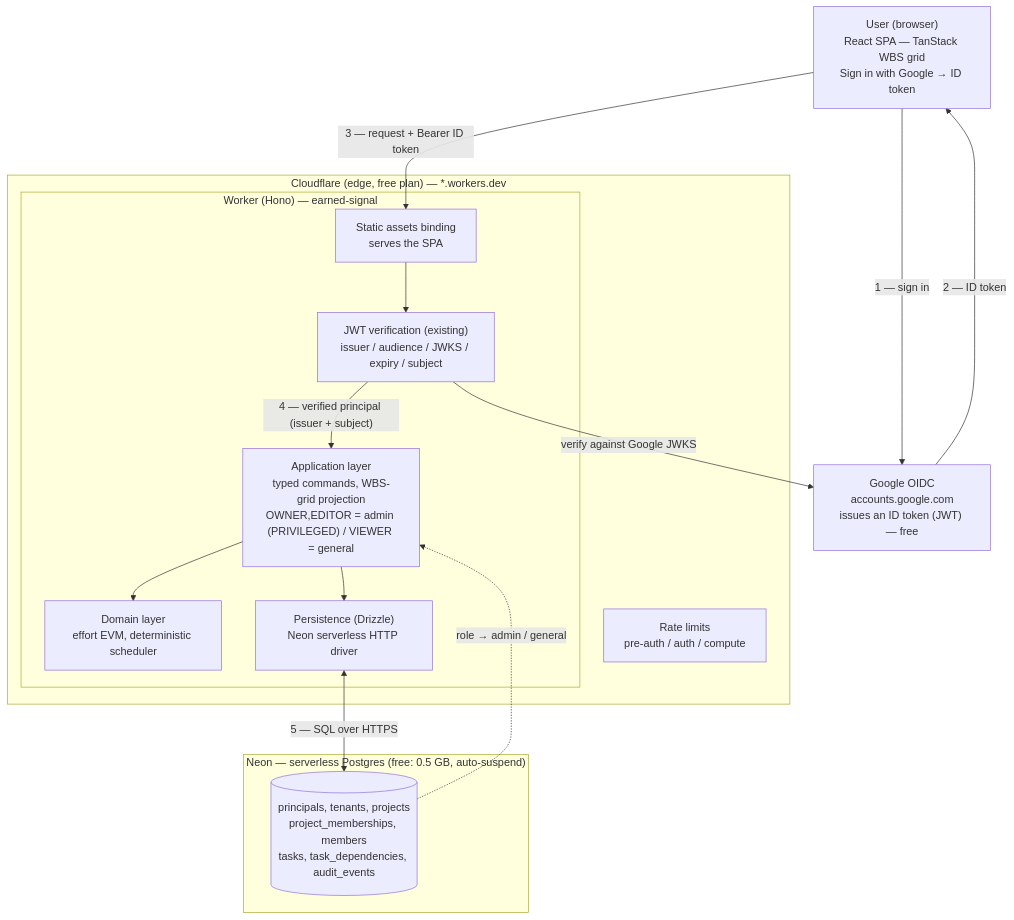
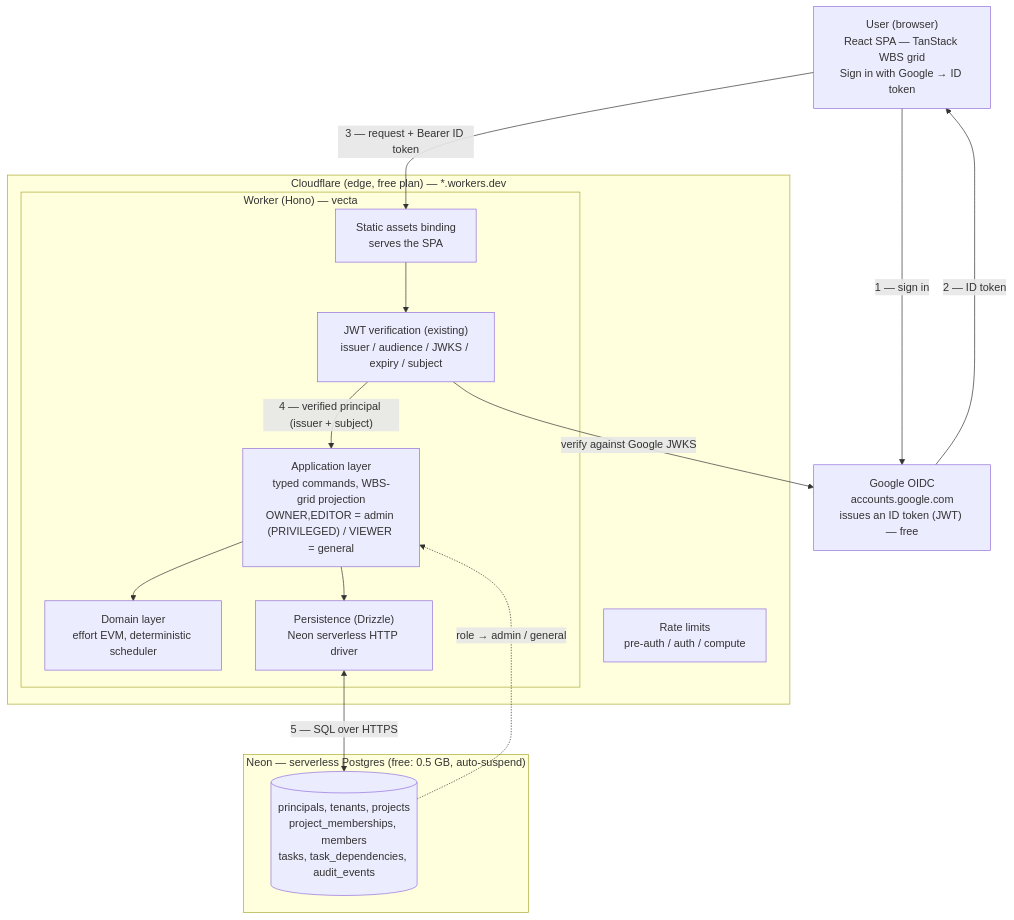
The diagram in docs/deployment-architecture.md (asriel-dev-apps/earned-signal), drawn with Mermaid before and after one commit. The commit also changed 66 other files, not shown here.

First line of the commit message:
chore: rename project EarnedSignal → VECTA

````diff
--- a/docs/deployment-architecture.md
+++ b/docs/deployment-architecture.md
@@ -21,31 +21,31 @@
 ```mermaid
 flowchart TB
     U["User (browser)<br/>React SPA — TanStack WBS grid<br/>Sign in with Google → ID token"]
     G["Google OIDC<br/>accounts.google.com<br/>issues an ID token (JWT) — free"]
 
     subgraph CF["Cloudflare (edge, free plan) — *.workers.dev"]
-        subgraph W["Worker (Hono) — earned-signal"]
+        subgraph W["Worker (Hono) — vecta"]
             AST["Static assets binding<br/>serves the SPA"]
             AUTH["JWT verification (existing)<br/>issuer / audience / JWKS / expiry / subject"]
             APP["Application layer<br/>typed commands, WBS-grid projection<br/>OWNER,EDITOR = admin (PRIVILEGED) / VIEWER = general"]
             DOM["Domain layer<br/>effort EVM, deterministic scheduler"]
             PER["Persistence (Drizzle)<br/>Neon serverless HTTP driver"]
         end
         RL["Rate limits<br/>pre-auth / auth / compute"]
     end
 
     subgraph NE["Neon — serverless Postgres (free: 0.5 GB, auto-suspend)"]
         DB[("principals, tenants, projects<br/>project_memberships, members<br/>tasks, task_dependencies, audit_events")]
     end
 
     U -->|"1 — sign in"| G
     G -->|"2 — ID token"| U
     U -->|"3 — request + Bearer ID token"| AST
     AST --> AUTH
     AUTH -->|"verify against Google JWKS"| G
     AUTH -->|"4 — verified principal (issuer + subject)"| APP
     APP --> DOM
     APP --> PER
     PER <-->|"5 — SQL over HTTPS"| DB
     DB -.->|"role → admin / general"| APP
 ```
````
